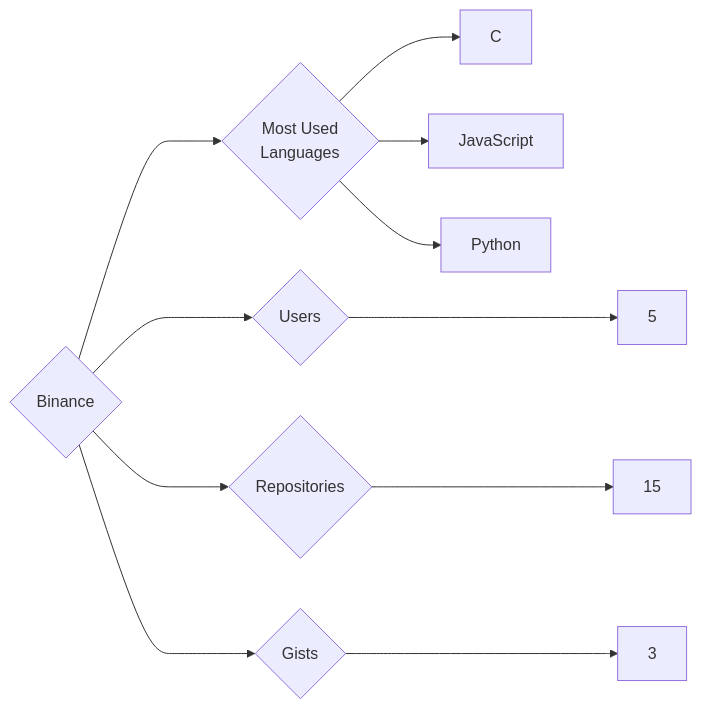
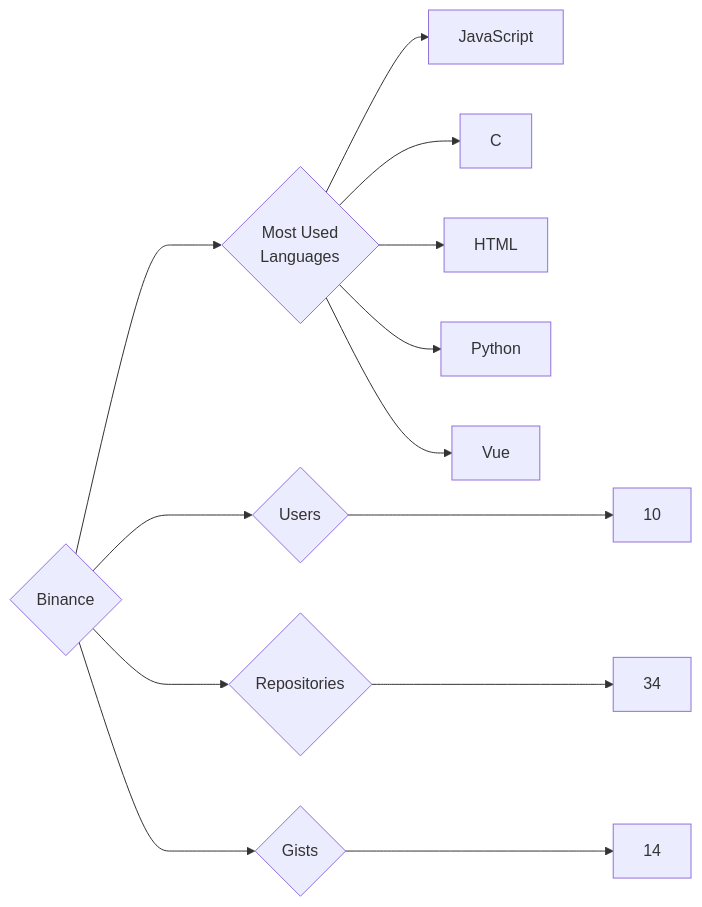
The diagram in targets/Binance/README.md (trickest/insiders), drawn with Mermaid before and after one commit. The commit also changed 934 other files, not shown here.

````diff
--- a/targets/Binance/README.md
+++ b/targets/Binance/README.md
@@ -3,11 +3,13 @@
 ```mermaid
 graph LR
 COMPANY_NAME{Binance}
-COMPANY_NAME ---> U{Users} ---> UN[5]
-COMPANY_NAME ---> R{Repositories} ---> RN[15]
-COMPANY_NAME ---> G{Gists} ---> GN[3]
+COMPANY_NAME ---> U{Users} ---> UN[10]
+COMPANY_NAME ---> R{Repositories} ---> RN[34]
+COMPANY_NAME ---> G{Gists} ---> GN[14]
 COMPANY_NAME ---> ML{Most Used<br>Languages}
+ML --> JavaScript[JavaScript]
 ML --> C[C]
-ML --> JavaScript[JavaScript]
+ML --> HTML[HTML]
 ML --> Python[Python]
+ML --> Vue[Vue]
 ```
````
